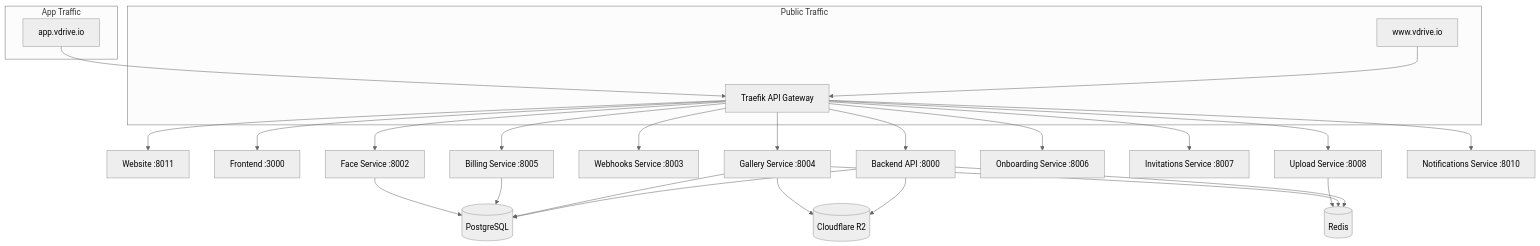
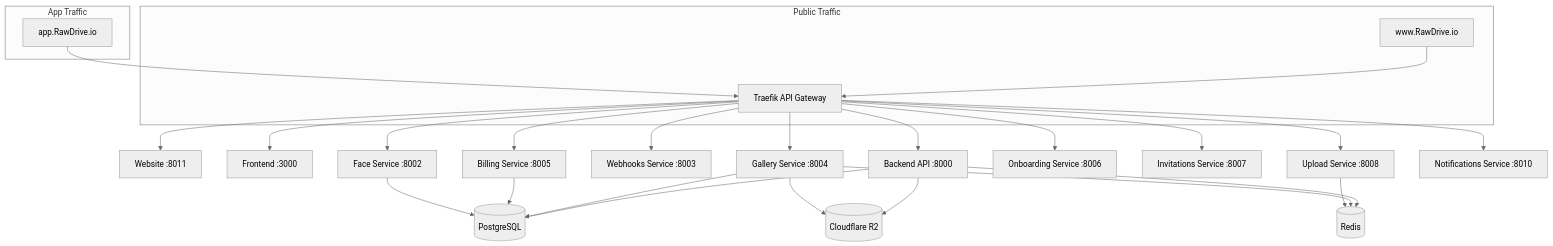
One commit to veerababumanyam/vDrive changed the diagram in docs/project-starter-kit/10-MICROSERVICES-GUIDE.md. Above: the diagram before and after it, drawn with Mermaid (neutral theme). The commit also changed other lines of this file and 578 other files, not shown here.

````diff
--- a/docs/project-starter-kit/10-MICROSERVICES-GUIDE.md
+++ b/docs/project-starter-kit/10-MICROSERVICES-GUIDE.md
@@ -11,28 +11,28 @@
 ```mermaid
 graph TB
     subgraph "Public Traffic"
-        WWW[www.vdrive.io] --> Traefik
+        WWW[www.RawDrive.io] --> Traefik
     end
 
     subgraph "App Traffic"
-        APP[app.vdrive.io] --> Traefik
+        APP[app.RawDrive.io] --> Traefik
     end
 
     Traefik[Traefik API Gateway]
 
     Traefik --> Website[Website :8011]
     Traefik --> Frontend[Frontend :3000]
     Traefik --> Backend[Backend API :8000]
     Traefik --> Face[Face Service :8002]
     Traefik --> Webhooks[Webhooks Service :8003]
     Traefik --> Gallery[Gallery Service :8004]
     Traefik --> Billing[Billing Service :8005]
     Traefik --> Onboarding[Onboarding Service :8006]
     Traefik --> Invitations[Invitations Service :8007]
     Traefik --> Upload[Upload Service :8008]
     Traefik --> Notifications[Notifications Service :8010]
 
     Backend & Gallery & Billing & Face --> DB[(PostgreSQL)]
     Backend & Gallery & Upload --> Redis[(Redis)]
     Backend & Gallery --> R2[(Cloudflare R2)]
 ```
````
